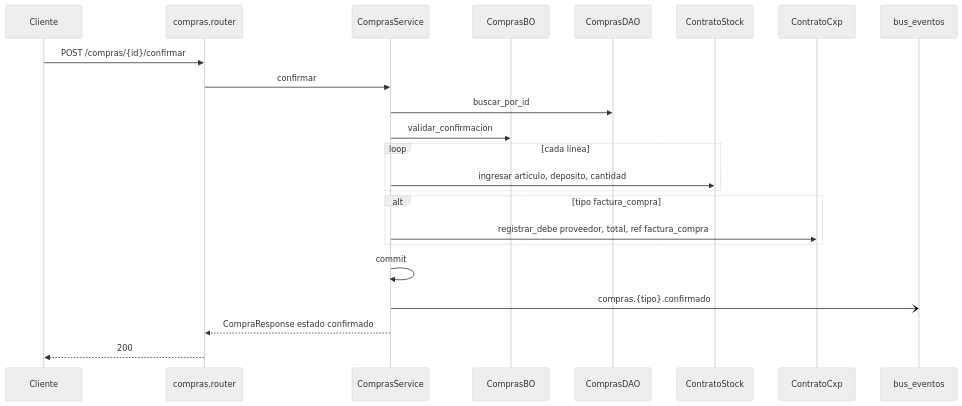
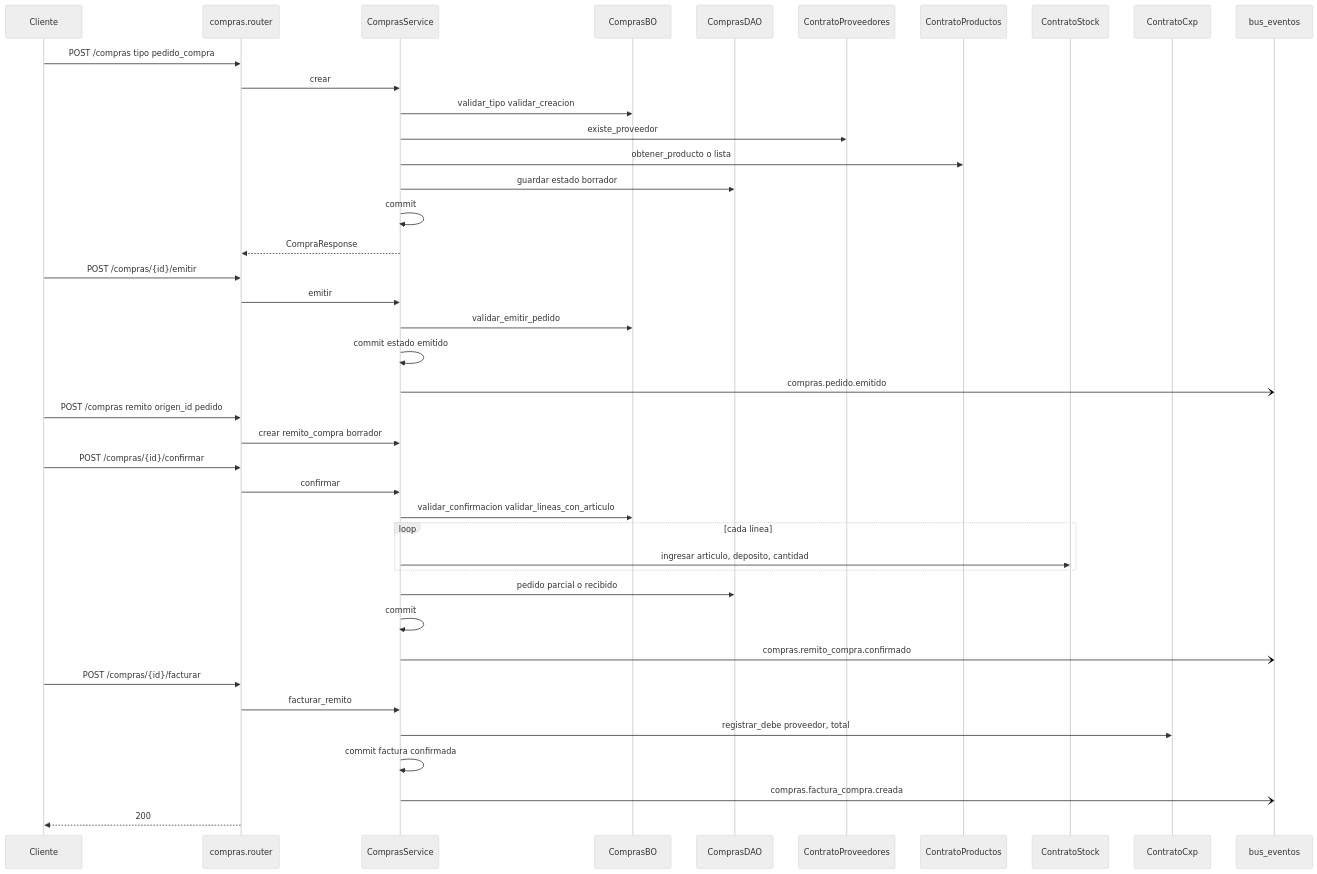
One commit to estsan3/ventas360-api changed the diagram in docs/diagramas/compras.md. Above: the diagram before and after it, drawn with Mermaid (neutral theme). The commit also changed other lines of this file and 45 other files, not shown here.

````diff
--- a/docs/diagramas/compras.md
+++ b/docs/diagramas/compras.md
@@ -8,26 +80,47 @@
 ```mermaid
 sequenceDiagram
     participant Cliente
     participant Router as compras.router
     participant Service as ComprasService
     participant BO as ComprasBO
     participant DAO as ComprasDAO
+    participant Prov as ContratoProveedores
+    participant Prod as ContratoProductos
     participant Stock as ContratoStock
     participant Cxp as ContratoCxp
     participant Bus as bus_eventos
 
+    Cliente->>Router: POST /compras tipo pedido_compra
+    Router->>Service: crear
+    Service->>BO: validar_tipo validar_creacion
+    Service->>Prov: existe_proveedor
+    Service->>Prod: obtener_producto o lista
+    Service->>DAO: guardar estado borrador
+    Service->>Service: commit
+    Service-->>Router: CompraResponse
+
+    Cliente->>Router: POST /compras/{id}/emitir
+    Router->>Service: emitir
+    Service->>BO: validar_emitir_pedido
+    Service->>Service: commit estado emitido
+    Service-)Bus: compras.pedido.emitido
+
+    Cliente->>Router: POST /compras remito origen_id pedido
+    Router->>Service: crear remito_compra borrador
     Cliente->>Router: POST /compras/{id}/confirmar
     Router->>Service: confirmar
-    Service->>DAO: buscar_por_id
-    Service->>BO: validar_confirmacion
+    Service->>BO: validar_confirmacion validar_lineas_con_articulo
     loop cada linea
         Service->>Stock: ingresar articulo, deposito, cantidad
     end
-    alt tipo factura_compra
-        Service->>Cxp: registrar_debe proveedor, total, ref factura_compra
-    end
+    Service->>DAO: pedido parcial o recibido
     Service->>Service: commit
-    Service-)Bus: compras.{tipo}.confirmado
-    Service-->>Router: CompraResponse estado confirmado
+    Service-)Bus: compras.remito_compra.confirmado
+
+    Cliente->>Router: POST /compras/{id}/facturar
+    Router->>Service: facturar_remito
+    Service->>Cxp: registrar_debe proveedor, total
+    Service->>Service: commit factura confirmada
+    Service-)Bus: compras.factura_compra.creada
     Router-->>Cliente: 200
 ```
````
